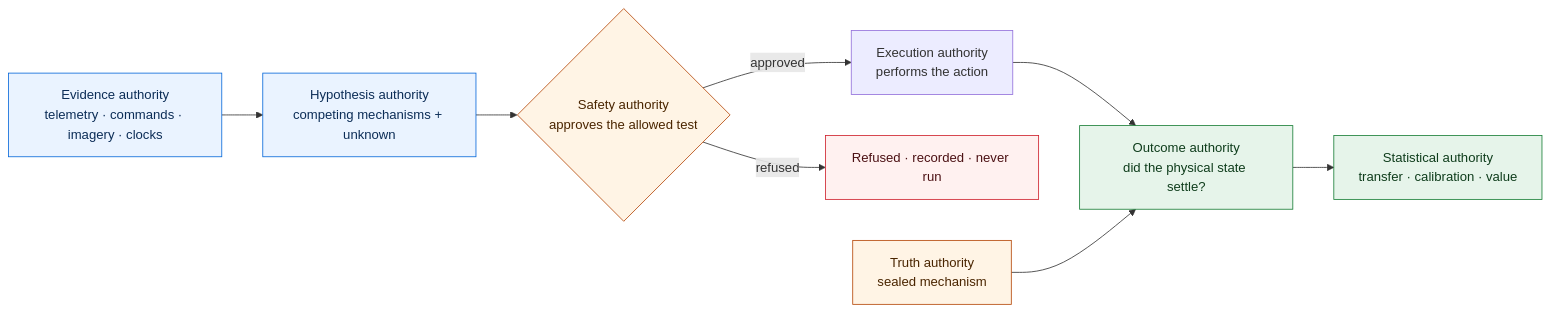
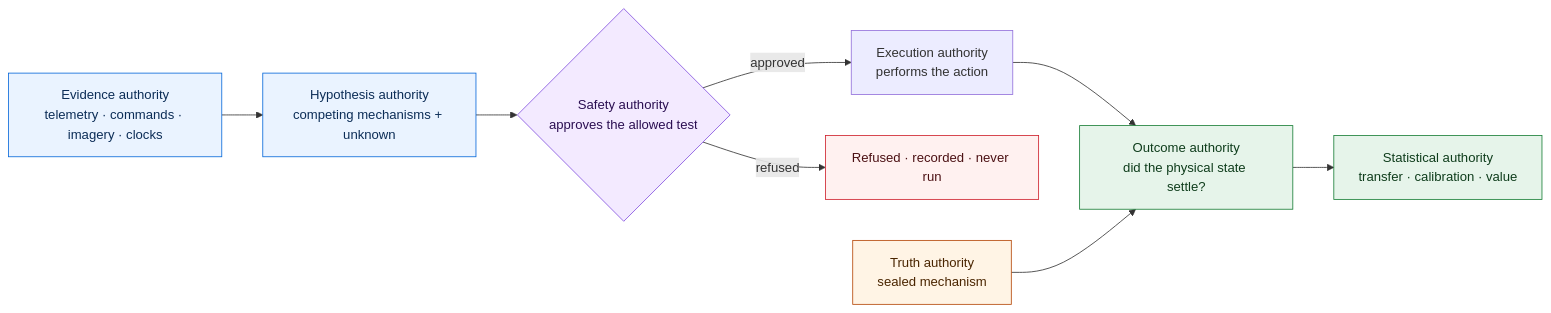
The first of 3 diagrams in README.md (manfromnowhere143/inbar), drawn with Mermaid before and after one commit. The commit also changed other lines of this file and 6 other files, not shown here.

````diff
--- a/README.md
+++ b/README.md
@@ -64,18 +78,20 @@
 ```mermaid
 flowchart LR
   E["Evidence authority<br/>telemetry · commands · imagery · clocks"]-->H["Hypothesis authority<br/>competing mechanisms + unknown"]
   H-->S{"Safety authority<br/>approves the allowed test"}
   S-->|approved|X["Execution authority<br/>performs the action"]
   S-->|refused|R["Refused · recorded · never run"]
   X-->O["Outcome authority<br/>did the physical state settle?"]
   T["Truth authority<br/>sealed mechanism"]-->O
   O-->Q["Statistical authority<br/>transfer · calibration · value"]
   classDef propose fill:#eaf3ff,stroke:#0969da,color:#0c2d57;
   classDef truth fill:#fff4e5,stroke:#b54708,color:#4a2500;
   classDef stop fill:#fff1f0,stroke:#cf222e,color:#4c1114;
   classDef adjudicate fill:#e6f4ea,stroke:#1a7f37,color:#0f3d1c;
+  classDef gate fill:#f3eaff,stroke:#8250df,color:#2b0f52;
   class E,H propose;
-  class T,S truth;
+  class T truth;
+  class S gate;
   class R stop;
   class O,Q adjudicate;
 ```
````
